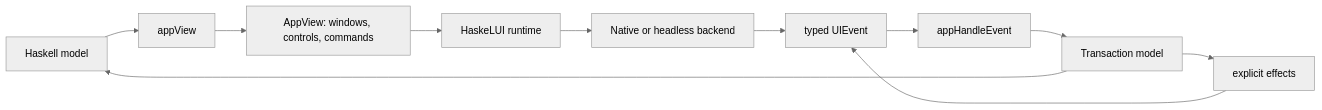
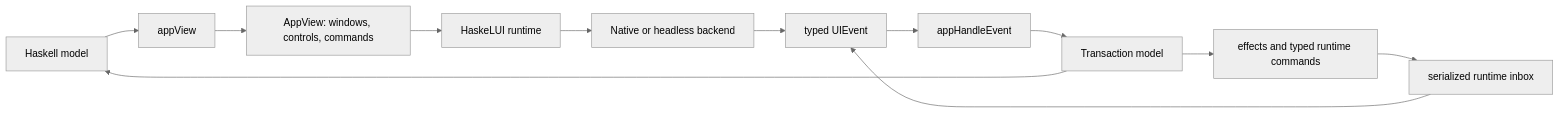
One commit to aantich/haskelui changed the diagram in docs/USER_GUIDE.md. Above: the diagram before and after it, drawn with Mermaid (neutral theme). The commit also changed other lines of this file and 30 other files, not shown here.

````diff
--- a/docs/USER_GUIDE.md
+++ b/docs/USER_GUIDE.md
@@ -56,13 +61,14 @@
 ```mermaid
 flowchart LR
   M["Haskell model"] --> V["appView"]
   V --> D["AppView: windows, controls, commands"]
   D --> R["HaskeLUI runtime"]
   R --> B["Native or headless backend"]
   B --> E["typed UIEvent"]
   E --> U["appHandleEvent"]
   U --> T["Transaction model"]
   T --> M
-  T --> F["explicit effects"]
-  F --> E
+  T --> F["effects and typed runtime commands"]
+  F --> I["serialized runtime inbox"]
+  I --> E
 ```
````
